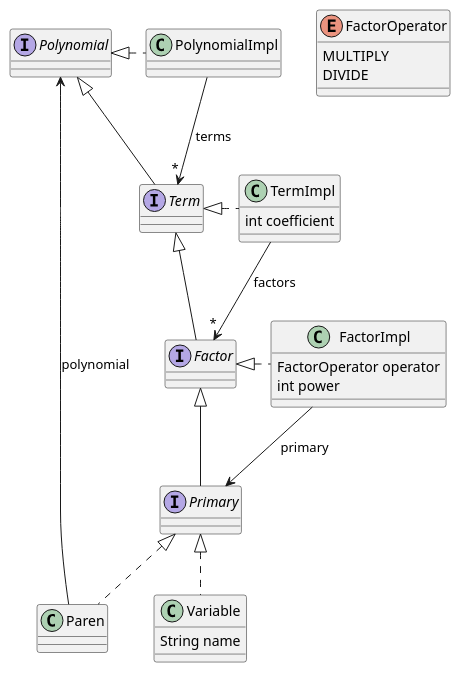
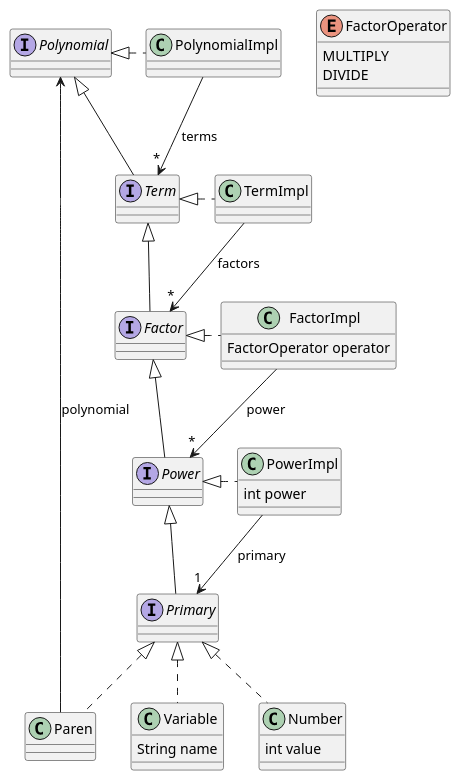
One commit to saka1029/form changed the diagram in doc/classes.plantuml. Above: the diagram before and after it, drawn with PlantUML. The commit also changed 1 other file, not shown here.

```diff
--- a/doc/classes.plantuml
+++ b/doc/classes.plantuml
@@ -1,34 +1,42 @@
 @startuml form
 enum FactorOperator {
     MULTIPLY
     DIVIDE
 }
 interface Polynomial
 class PolynomialImpl
 PolynomialImpl .left.|> Polynomial
 PolynomialImpl --> "*" Term : terms
 interface Term
 Term -|> Polynomial
-class TermImpl {
-    int coefficient
-}
+class TermImpl
 TermImpl .left.|> Term
 TermImpl --> "*" Factor : factors
 interface Factor
-Factor --|> Term
+Factor -|> Term
 class FactorImpl {
     FactorOperator operator
+}
+FactorImpl .left.|> Factor
+FactorImpl --> "*" Power : power
+interface Power
+Power -|> Factor
+class PowerImpl {
     int power
 }
-FactorImpl .left.|> Factor
-FactorImpl --> Primary : primary
+PowerImpl .left.|> Power
+PowerImpl --> "1" Primary : primary
 interface Primary
-Primary --|> Factor
+Primary -|> Power
 class Variable {
     String name
 }
 Variable .up.|> Primary
+class Number {
+    int value
+}
+Number .up.|> Primary
 class Paren
 Paren .up.|> Primary
 Paren -up-> Polynomial : polynomial
 @enduml
```
